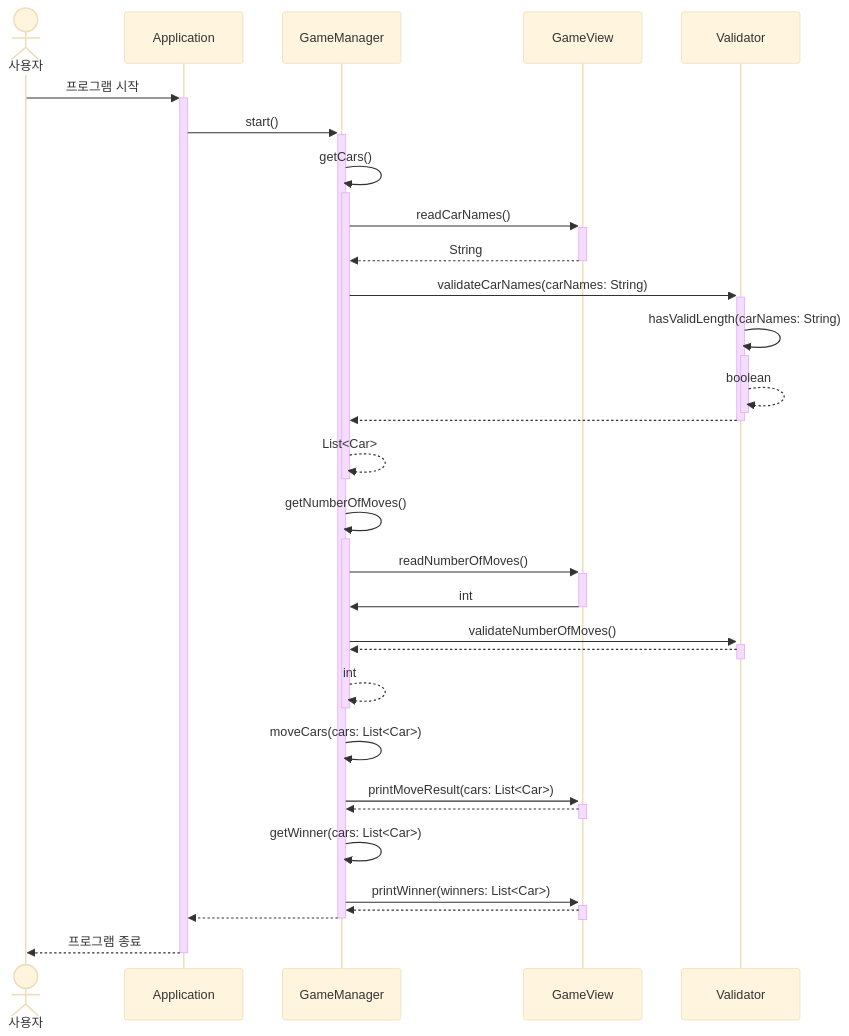
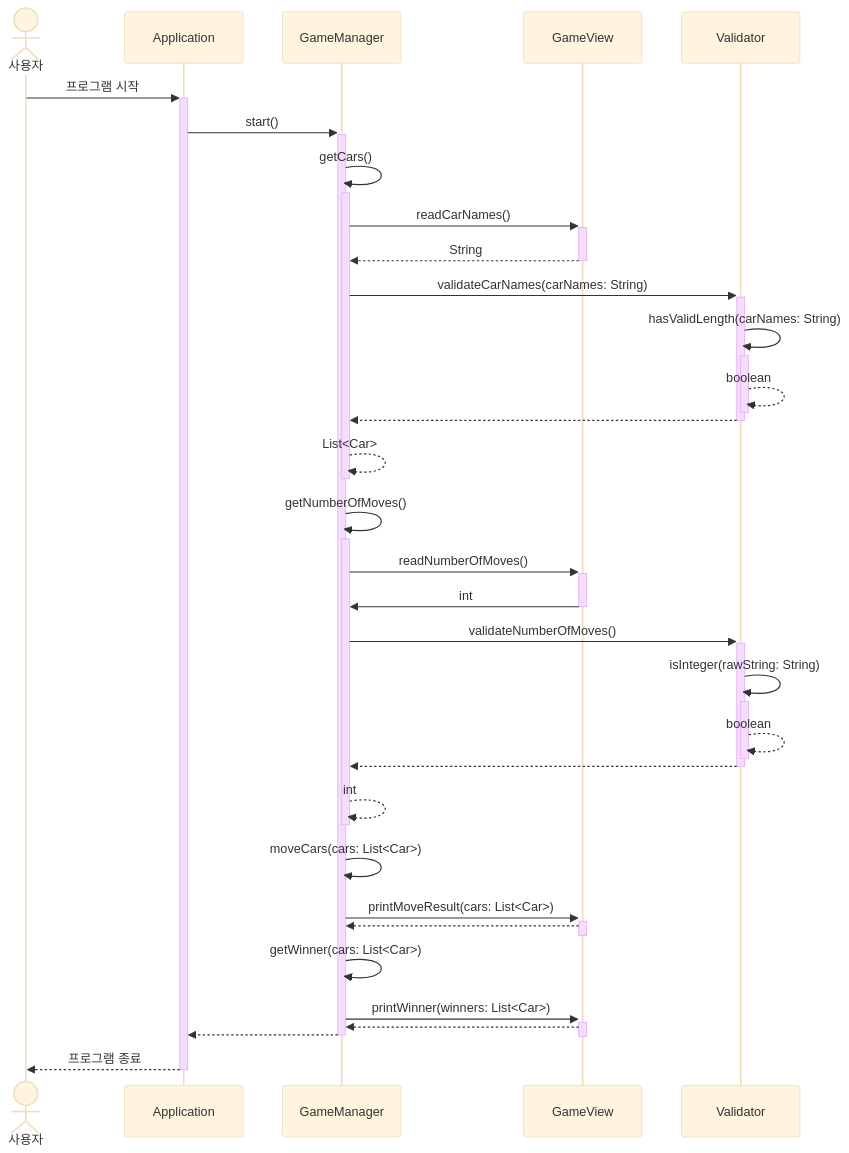
Before and after one commit to woowacourse-precourse/java-racingcar-6: the third of 3 diagrams in docs/README.md, drawn with Mermaid (base theme). The commit also changed other lines of this file, not shown here.

````diff
--- a/docs/README.md
+++ b/docs/README.md
@@ -103,31 +104,33 @@
 ```mermaid
 sequenceDiagram
 	actor 사용자
 	participant Application
 	participant GameManager
 	participant GameView
 	사용자->>+Application: 프로그램 시작
 	Application->>+GameManager: start()
 	GameManager->>+GameManager: getCars()
 	GameManager->>+GameView: readCarNames()
 	GameView-->>-GameManager: String
 	GameManager->>+Validator: validateCarNames(carNames: String)
 	Validator->>+Validator: hasValidLength(carNames: String)
 	Validator-->>-Validator: boolean
 	Validator-->>-GameManager: 
 	GameManager-->>-GameManager: List<Car>
 	GameManager->>+GameManager: getNumberOfMoves()
 	GameManager->>+GameView: readNumberOfMoves()
 	GameView->>-GameManager: int
 	GameManager->>+Validator: validateNumberOfMoves()
+	Validator->>+Validator: isInteger(rawString: String)
+	Validator-->>-Validator: boolean
 	Validator-->>-GameManager: 
 	GameManager-->>-GameManager: int
 	GameManager->>GameManager: moveCars(cars: List<Car>)
 	GameManager->>+GameView: printMoveResult(cars: List<Car>)
 	GameView-->>-GameManager: 
 	GameManager->>GameManager: getWinner(cars: List<Car>)
 	GameManager->>+GameView: printWinner(winners: List<Car>)
 	GameView-->>-GameManager: 
 	GameManager-->>-Application: 
 	Application-->>-사용자: 프로그램 종료
 ```
````
